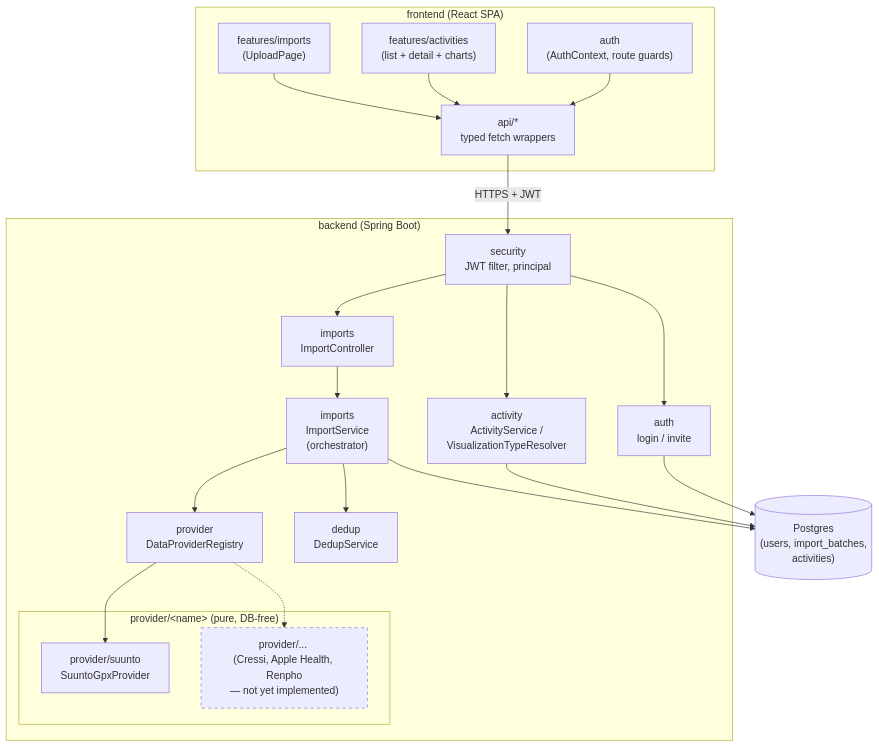
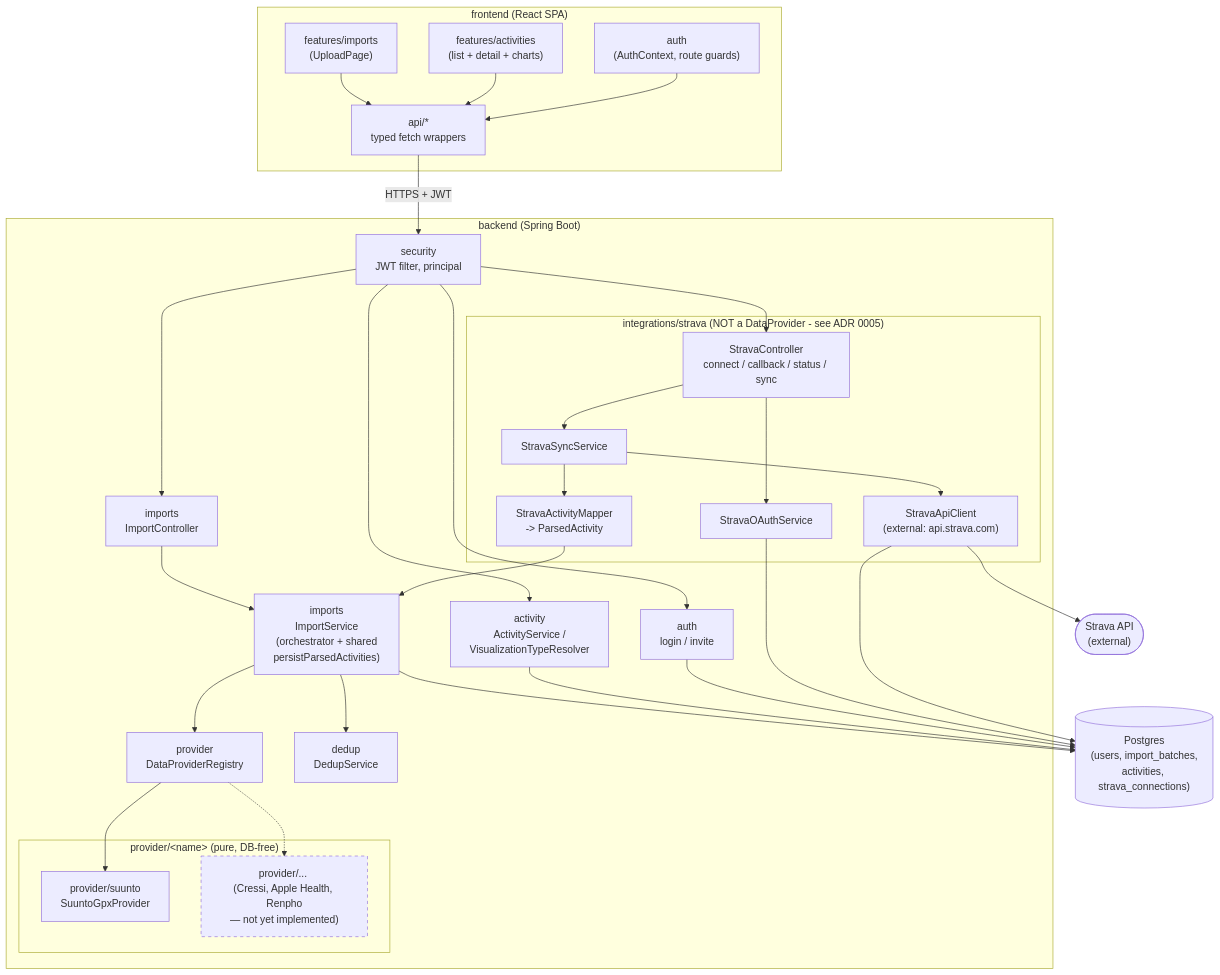
One commit to sgon1853/MySportsApp changed the first of 6 diagrams in docs/architecture.md. Above: the diagram before and after it, drawn with Mermaid. The commit also changed other lines of this file and 42 other files, not shown here.

````diff
--- a/docs/architecture.md
+++ b/docs/architecture.md
@@ -13,46 +13,65 @@
 ```mermaid
 flowchart TB
     subgraph Frontend["frontend (React SPA)"]
         Upload["features/imports<br/>(UploadPage)"]
         Activities["features/activities<br/>(list + detail + charts)"]
         Auth["auth<br/>(AuthContext, route guards)"]
         API["api/*<br/>typed fetch wrappers"]
     end
 
     subgraph Backend["backend (Spring Boot)"]
         Sec["security<br/>JWT filter, principal"]
         AuthSvc["auth<br/>login / invite"]
         ImportCtrl["imports<br/>ImportController"]
-        ImportSvc["imports<br/>ImportService<br/>(orchestrator)"]
+        ImportSvc["imports<br/>ImportService<br/>(orchestrator + shared<br/>persistParsedActivities)"]
         Registry["provider<br/>DataProviderRegistry"]
         Dedup["dedup<br/>DedupService"]
         ActivitySvc["activity<br/>ActivityService /<br/>VisualizationTypeResolver"]
 
         subgraph Providers["provider/&lt;name&gt; (pure, DB-free)"]
             Suunto["provider/suunto<br/>SuuntoGpxProvider"]
             Future["provider/... <br/>(Cressi, Apple Health, Renpho<br/>— not yet implemented)"]
         end
+
+        subgraph StravaMod["integrations/strava (NOT a DataProvider - see ADR 0005)"]
+            StravaCtrl["StravaController<br/>connect / callback / status / sync"]
+            StravaOAuth["StravaOAuthService"]
+            StravaSync["StravaSyncService"]
+            StravaApi["StravaApiClient<br/>(external: api.strava.com)"]
+            StravaMapper["StravaActivityMapper<br/>-> ParsedActivity"]
+        end
     end
 
-    DB[("Postgres<br/>(users, import_batches,<br/>activities)")]
+    DB[("Postgres<br/>(users, import_batches,<br/>activities, strava_connections)")]
+    StravaExt(["Strava API<br/>(external)"])
 
     API -->|HTTPS + JWT| Sec
     Upload --> API
     Activities --> API
     Auth --> API
 
     Sec --> AuthSvc
     Sec --> ImportCtrl
     Sec --> ActivitySvc
+    Sec --> StravaCtrl
 
     ImportCtrl --> ImportSvc
     ImportSvc --> Registry
     Registry --> Suunto
     Registry -.-> Future
     ImportSvc --> Dedup
     ImportSvc --> DB
     ActivitySvc --> DB
     AuthSvc --> DB
 
+    StravaCtrl --> StravaOAuth
+    StravaCtrl --> StravaSync
+    StravaOAuth --> DB
+    StravaSync --> StravaApi
+    StravaApi --> StravaExt
+    StravaApi --> DB
+    StravaSync --> StravaMapper
+    StravaMapper --> ImportSvc
+
     style Future stroke-dasharray: 5 5
 ```
````
